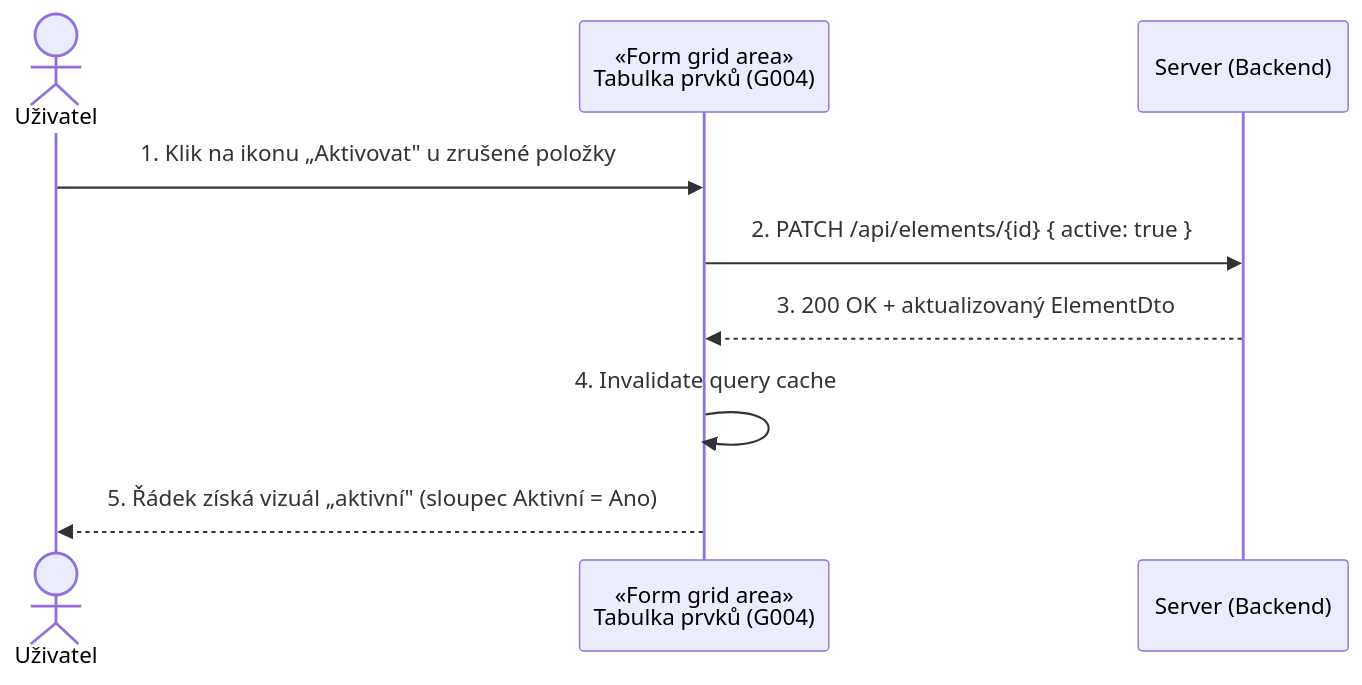
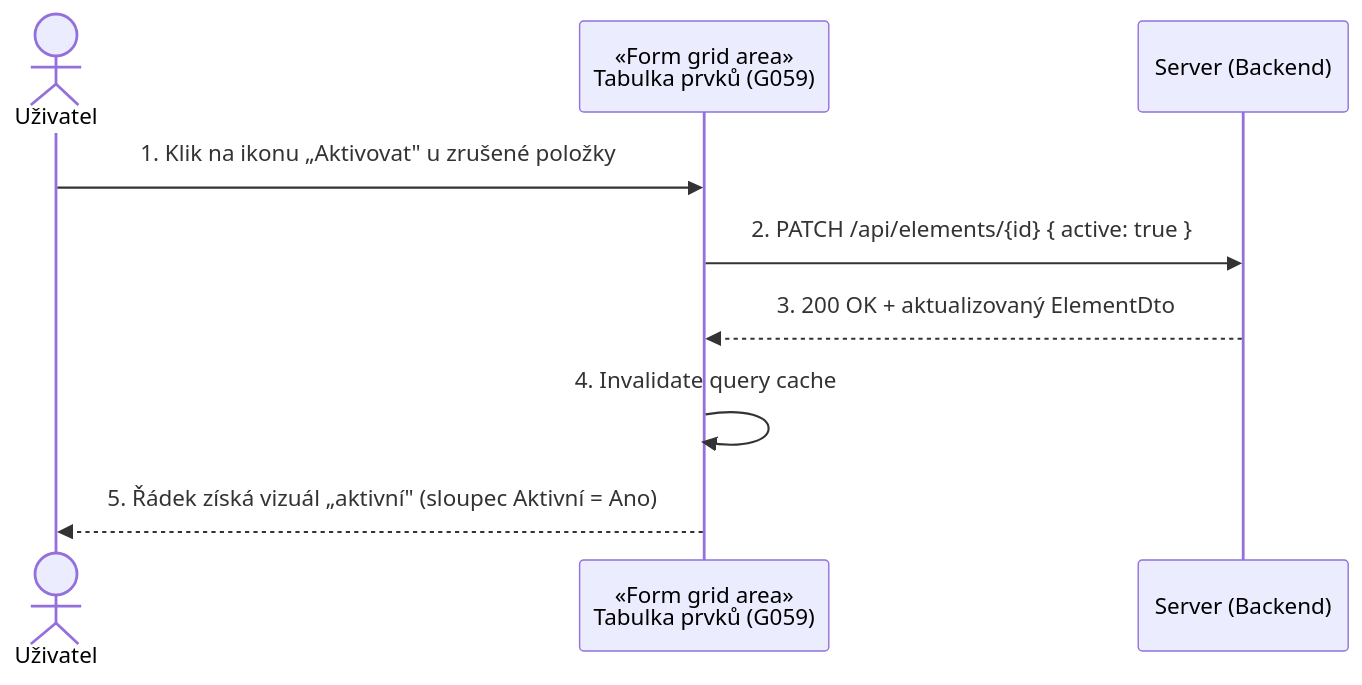
One commit to pvratny-droid/app.pvklok.eu changed the first of 3 diagrams in c3hub/RQU010 - Číselníky pozadavku a omezeni/analyza-md/05_sekvencni_diagramy.md. Above: the diagram before and after it, drawn with Mermaid. The commit also changed other lines of this file and 197 other files, not shown here.

````diff
--- a/c3hub/RQU010 - Číselníky pozadavku a omezeni/analyza-md/05_sekvencni_diagramy.md
+++ b/c3hub/RQU010 - Číselníky pozadavku a omezeni/analyza-md/05_sekvencni_diagramy.md
@@ -24,12 +24,12 @@
 ```mermaid
 sequenceDiagram
     actor U as Uživatel
-    participant T as «Form grid area»<br/>Tabulka prvků (G004)
+    participant T as «Form grid area»<br/>Tabulka prvků (G059)
     participant S as Server (Backend)
 
     U->>T: 1. Klik na ikonu „Aktivovat" u zrušené položky
     T->>S: 2. PATCH /api/elements/{id} { active: true }
     S-->>T: 3. 200 OK + aktualizovaný ElementDto
     T->>T: 4. Invalidate query cache
     T-->>U: 5. Řádek získá vizuál „aktivní" (sloupec Aktivní = Ano)
 ```
````
